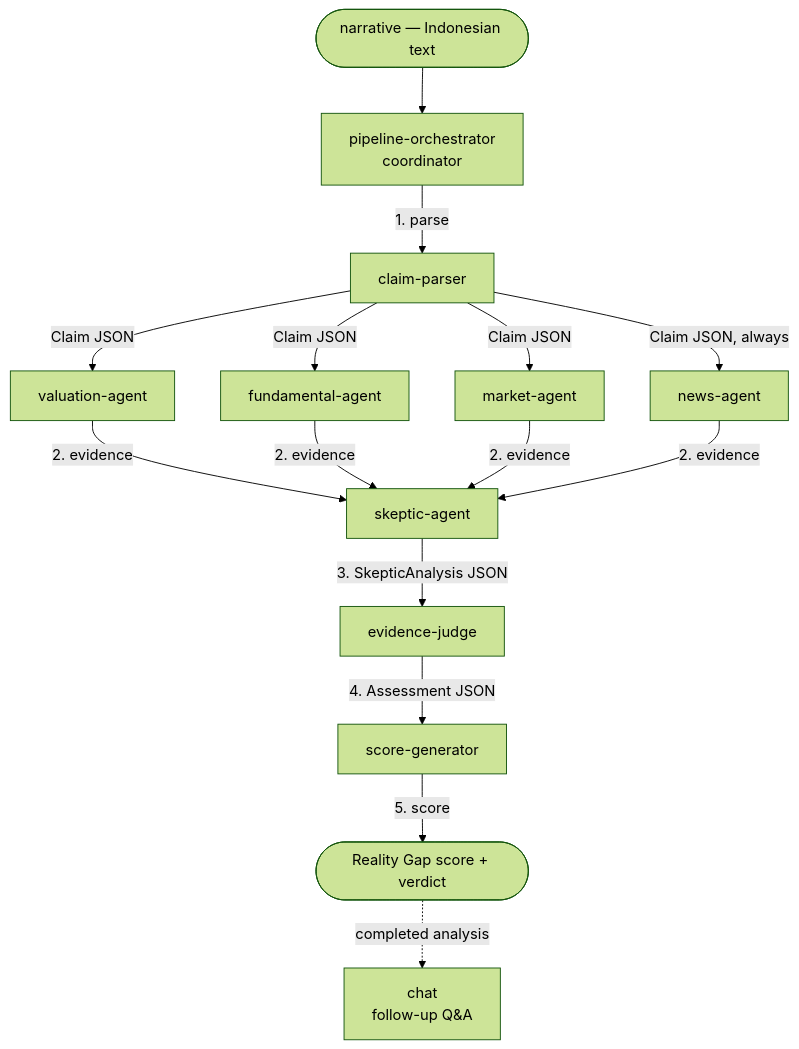
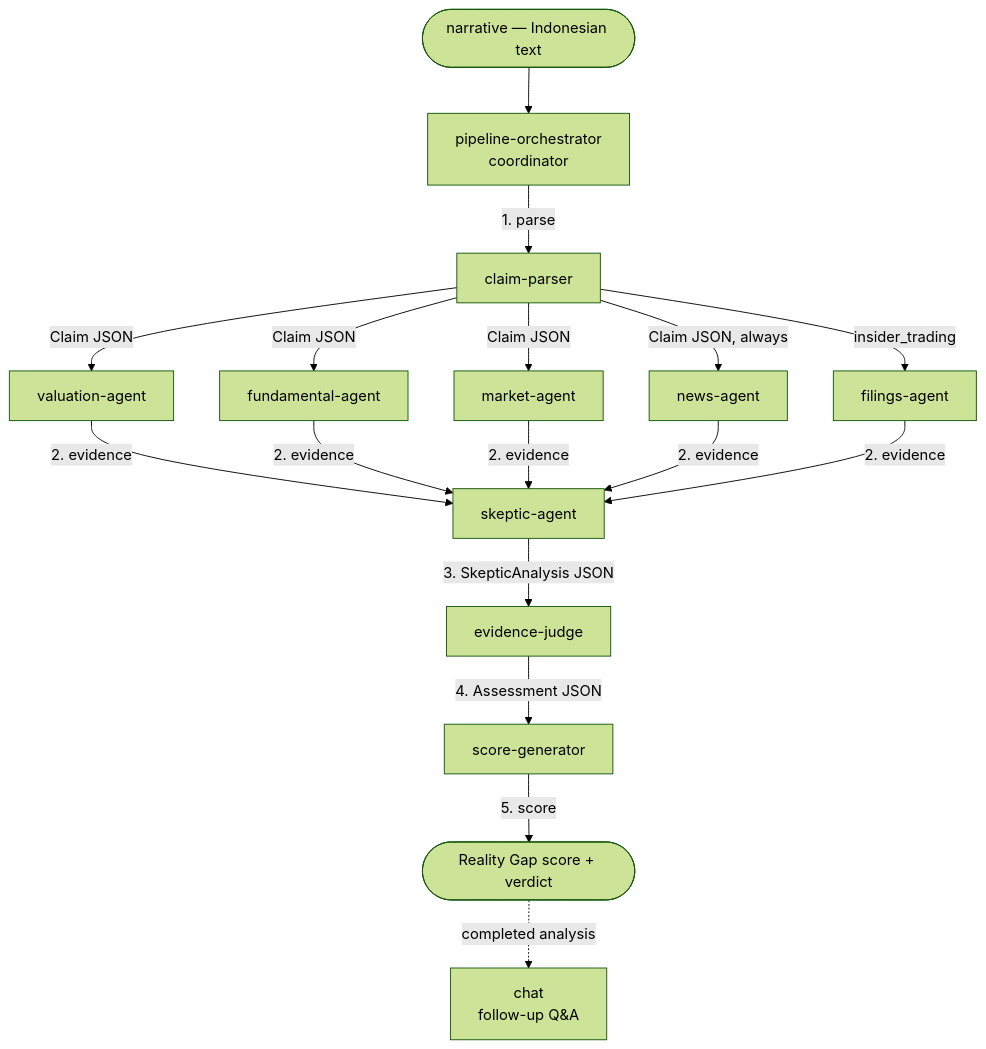
The diagram in agents/README.md (masdevid/naragate), drawn with Mermaid (forest theme) before and after one commit. The commit also changed other lines of this file and 3 other files, not shown here.

Commit message:
Update READMEs: add filings-agent, fix counts, sync pipeline stages

````diff
--- a/agents/README.md
+++ b/agents/README.md
@@ -9,17 +9,19 @@
 ```mermaid
 flowchart TD
     N([narrative — Indonesian text]) --> O[pipeline-orchestrator<br/>coordinator]
     O -->|1. parse| CP[claim-parser]
     CP -->|Claim JSON| VA[valuation-agent]
     CP -->|Claim JSON| FA[fundamental-agent]
     CP -->|Claim JSON| MA[market-agent]
     CP -->|Claim JSON, always| NA[news-agent]
+    CP -->|insider_trading| IF[filings-agent]
     VA -->|2. evidence| SK[skeptic-agent]
     FA -->|2. evidence| SK
     MA -->|2. evidence| SK
     NA -->|2. evidence| SK
+    IF -->|2. evidence| SK
     SK -->|3. SkepticAnalysis JSON| JJ[evidence-judge]
     JJ -->|4. Assessment JSON| SG[score-generator]
     SG -->|5. score| RG([Reality Gap score + verdict])
     RG -.->|completed analysis| CH[chat<br/>follow-up Q&A]
 ```
````
